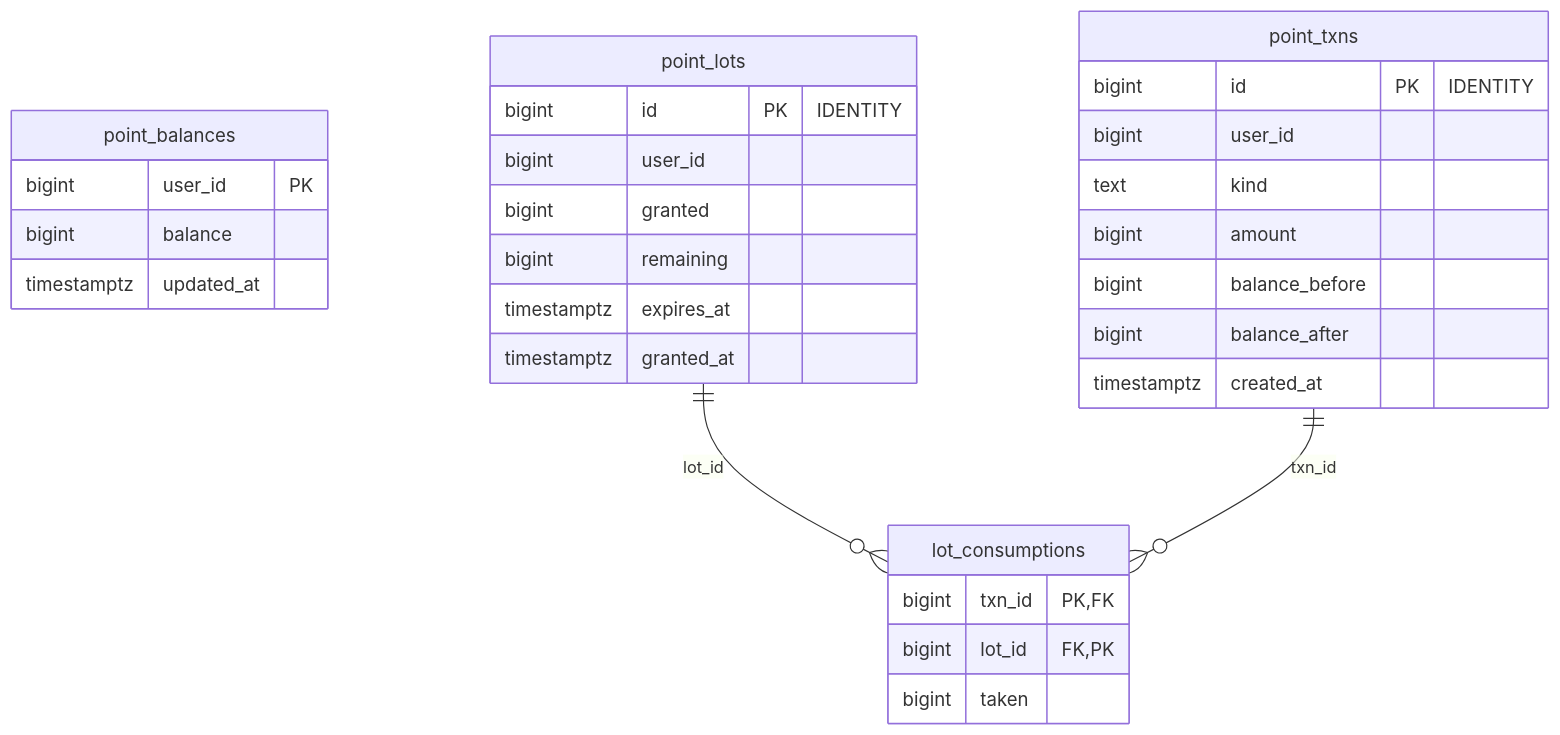
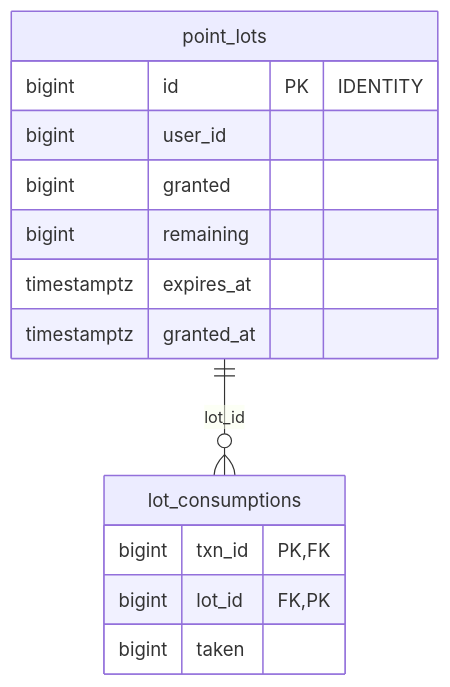
The fourth of 9 diagrams in ch07_point_balance/README.md (driftnode986/postgresql-db-design-samples), drawn with Mermaid before and after one commit. The commit also changed other lines of this file and 15 other files, not shown here.

First line of the commit message:
docs: 設計案の構成図を縦並びにし、幅の広い ER 図を分けて、GitHub で縮まない大きさにする

````diff
--- a/ch07_point_balance/README.md
+++ b/ch07_point_balance/README.md
@@ -68,32 +72,17 @@
 ```mermaid
 erDiagram
   lot_consumptions {
     bigint txn_id PK, FK
     bigint lot_id FK, PK
     bigint taken
-  }
-  point_balances {
-    bigint user_id PK
-    bigint balance
-    timestamptz updated_at
   }
   point_lots {
     bigint id PK "IDENTITY"
     bigint user_id
     bigint granted
     bigint remaining
     timestamptz expires_at
     timestamptz granted_at
   }
-  point_txns {
-    bigint id PK "IDENTITY"
-    bigint user_id
-    text kind
-    bigint amount
-    bigint balance_before
-    bigint balance_after
-    timestamptz created_at
-  }
   point_lots ||--o{ lot_consumptions : "lot_id"
-  point_txns ||--o{ lot_consumptions : "txn_id"
 ```
````
